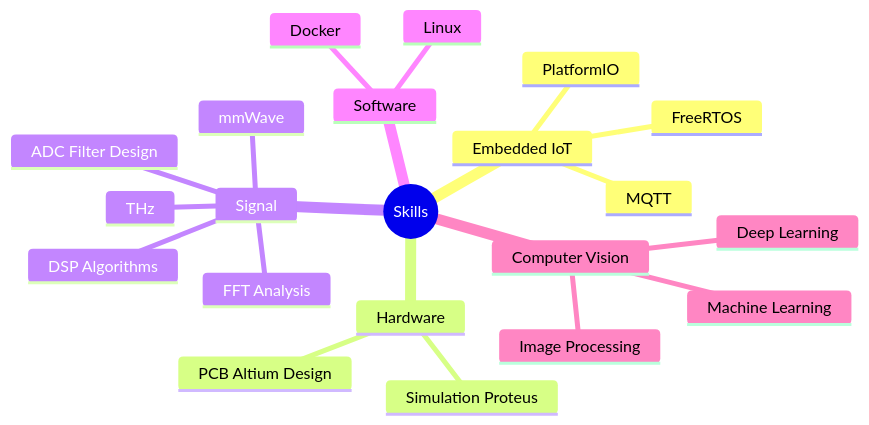
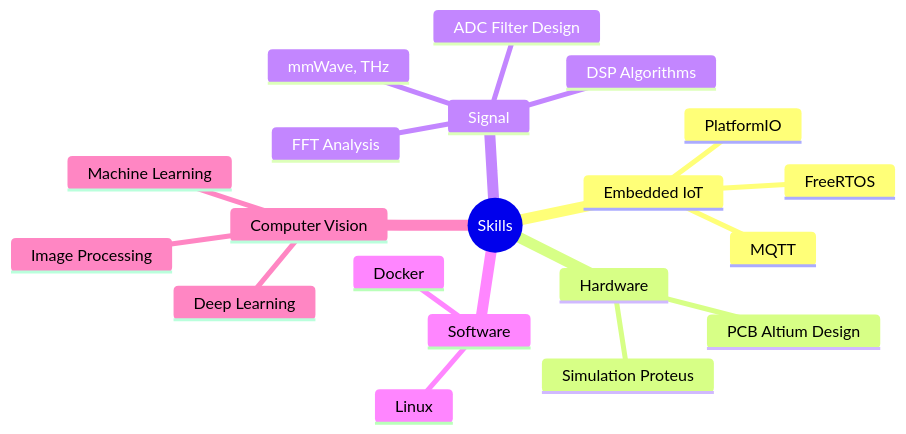
One commit to bathanh0309/bathanh0309 changed the diagram in README.md. Above: the diagram before and after it, drawn with Mermaid. The commit also changed other lines of this file, not shown here.

````diff
--- a/README.md
+++ b/README.md
@@ -14,24 +14,23 @@
 ```mermaid
 mindmap
   root((Skills))
     Embedded IoT
       MQTT
       FreeRTOS
       PlatformIO
     Hardware
       Simulation Proteus
       PCB Altium Design
     Signal
-      mmWave
-      THz
+      mmWave, THz
       ADC Filter Design
       DSP Algorithms
       FFT Analysis
     Software
       Linux
       Docker
     Computer Vision
       Machine Learning
       Deep Learning
       Image Processing
 ```
````
